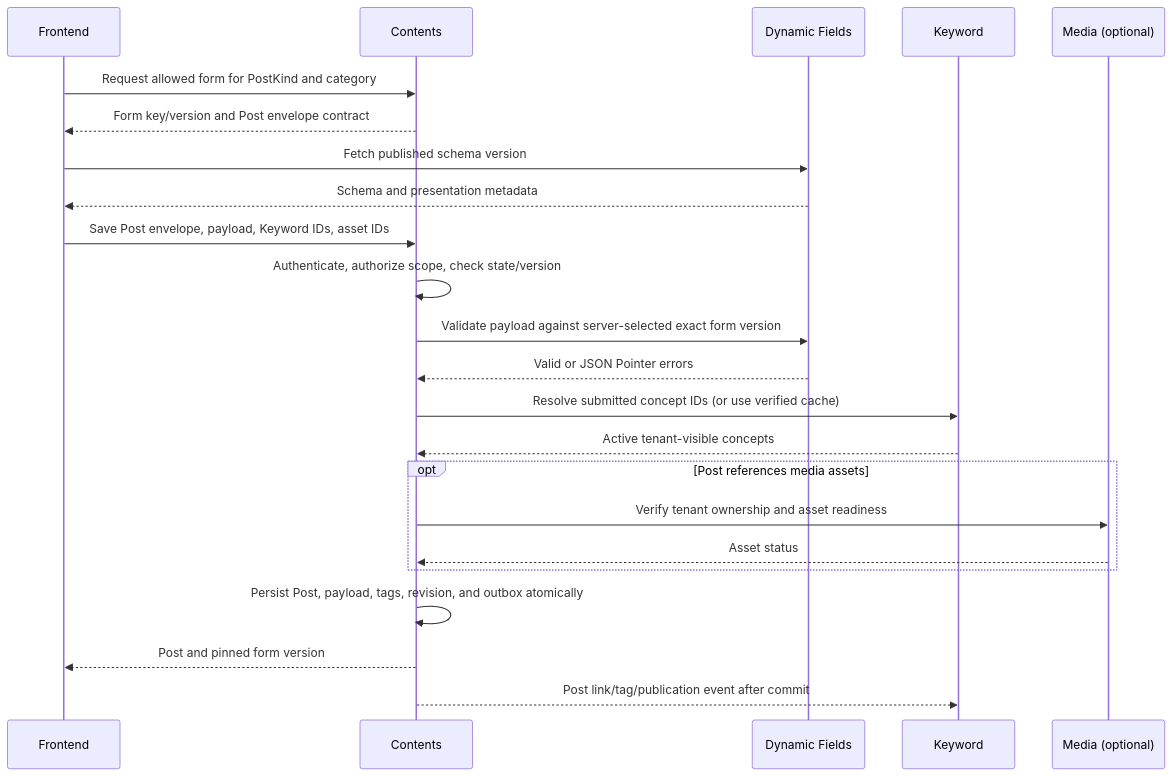
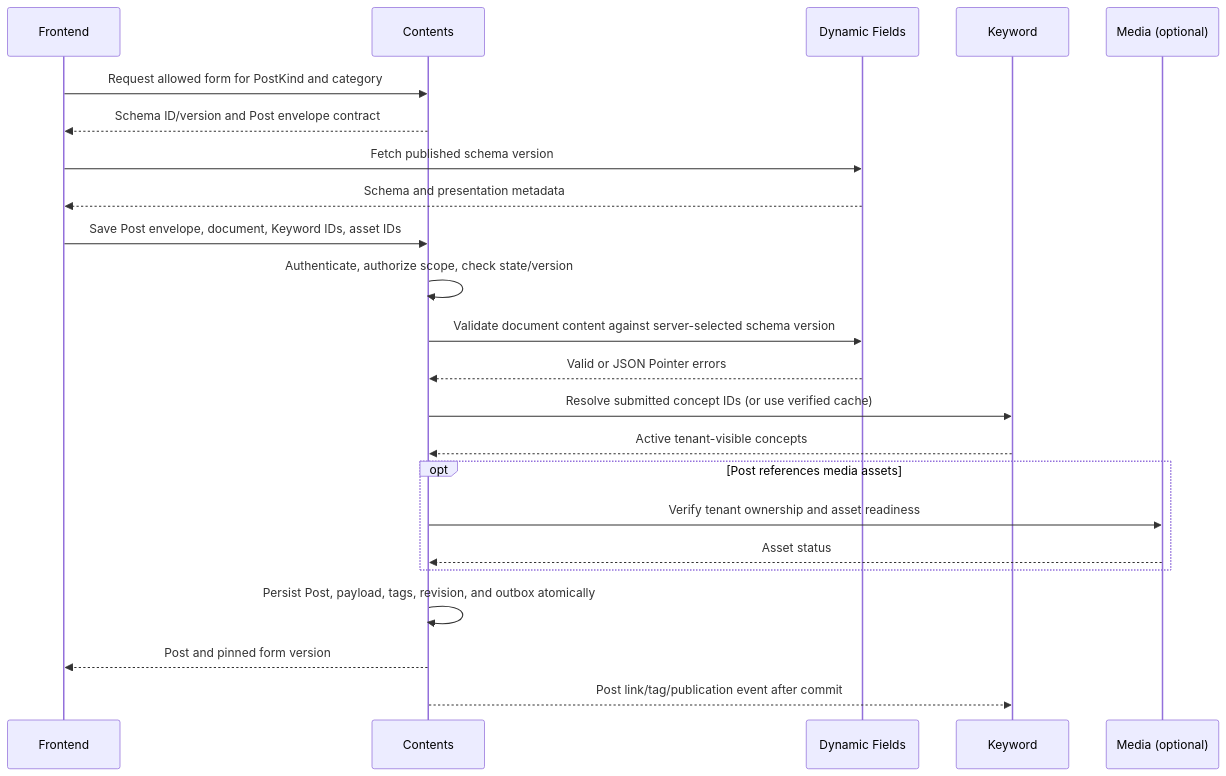
The third of 3 diagrams in docs/astro-modular-blazor-docs/curved-chasm/src/content/docs/modules/contents/workflow-and-integrations.md (soft-square-net/ModularBlazor), drawn with Mermaid before and after one commit. The commit also changed other lines of this file and 65 other files, not shown here.

````diff
--- a/docs/astro-modular-blazor-docs/curved-chasm/src/content/docs/modules/contents/workflow-and-integrations.md
+++ b/docs/astro-modular-blazor-docs/curved-chasm/src/content/docs/modules/contents/workflow-and-integrations.md
@@ -113,25 +137,25 @@
 ```mermaid
 sequenceDiagram
     participant UI as Frontend
     participant C as Contents
     participant DF as Dynamic Fields
     participant K as Keyword
     participant M as Media (optional)
     UI->>C: Request allowed form for PostKind and category
-    C-->>UI: Form key/version and Post envelope contract
+    C-->>UI: Schema ID/version and Post envelope contract
     UI->>DF: Fetch published schema version
     DF-->>UI: Schema and presentation metadata
-    UI->>C: Save Post envelope, payload, Keyword IDs, asset IDs
+    UI->>C: Save Post envelope, document, Keyword IDs, asset IDs
     C->>C: Authenticate, authorize scope, check state/version
-    C->>DF: Validate payload against server-selected exact form version
+    C->>DF: Validate document content against server-selected schema version
     DF-->>C: Valid or JSON Pointer errors
     C->>K: Resolve submitted concept IDs (or use verified cache)
     K-->>C: Active tenant-visible concepts
     opt Post references media assets
         C->>M: Verify tenant ownership and asset readiness
         M-->>C: Asset status
     end
     C->>C: Persist Post, payload, tags, revision, and outbox atomically
     C-->>UI: Post and pinned form version
     C-->>K: Post link/tag/publication event after commit
 ```
````
